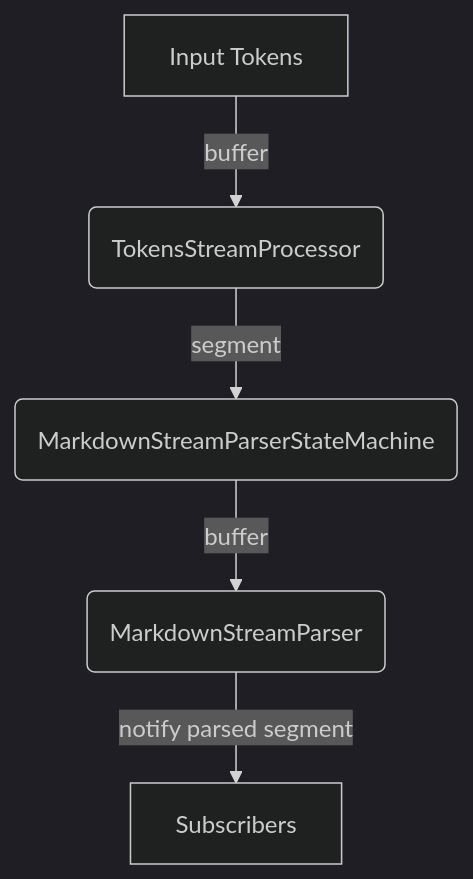
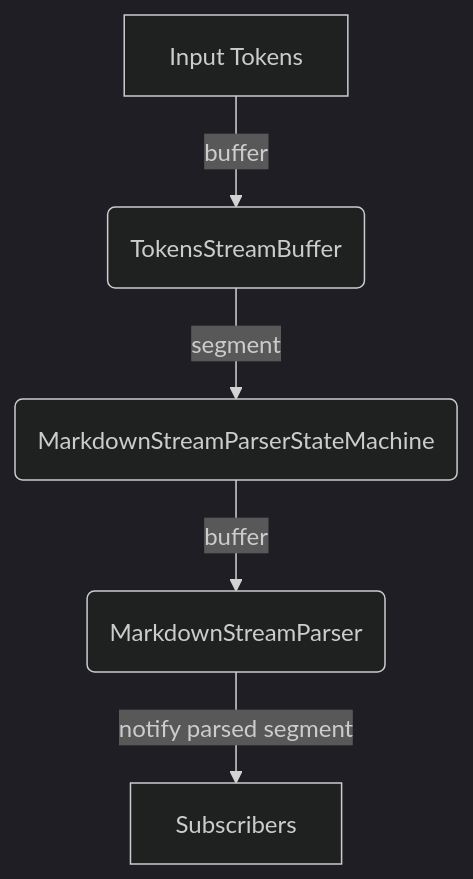
The fourth of 4 diagrams in README.md (fructusmortus/markdown-stream-parser), drawn with Mermaid (dark theme) before and after one commit. The commit also changed other lines of this file and 7 other files, not shown here.

````diff
--- a/README.md
+++ b/README.md
@@ -319,7 +346,7 @@
 ```mermaid
 flowchart TD
-    A[Input Tokens] -->|buffer| B(TokensStreamProcessor)
+    A[Input Tokens] -->|buffer| B(TokensStreamBuffer)
     B -->|segment| C(MarkdownStreamParserStateMachine)
     C -->|buffer| D(MarkdownStreamParser)
     D -->|notify parsed segment| E[Subscribers]
 ```
````
